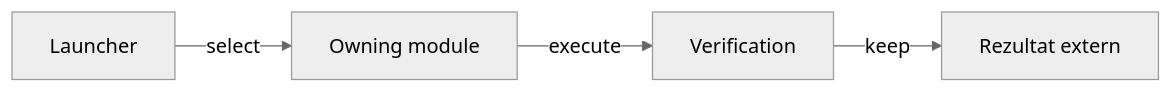
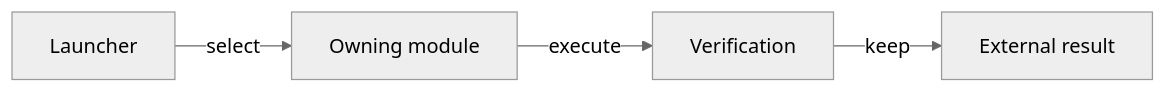
One commit to crististefanita/atf_j4 changed the diagram in scripts/README.md. Above: the diagram before and after it, drawn with Mermaid (neutral theme). The commit also changed other lines of this file and 126 other files, not shown here.

````diff
--- a/scripts/README.md
+++ b/scripts/README.md
@@ -25,6 +25,6 @@
 ```mermaid
 flowchart LR
     RUN[Launcher] -->|select| MODULE[Owning module]
     MODULE -->|execute| CHECK[Verification]
-    CHECK -->|keep| OUT[Rezultat extern]
+    CHECK -->|keep| OUT[External result]
 ```
````
